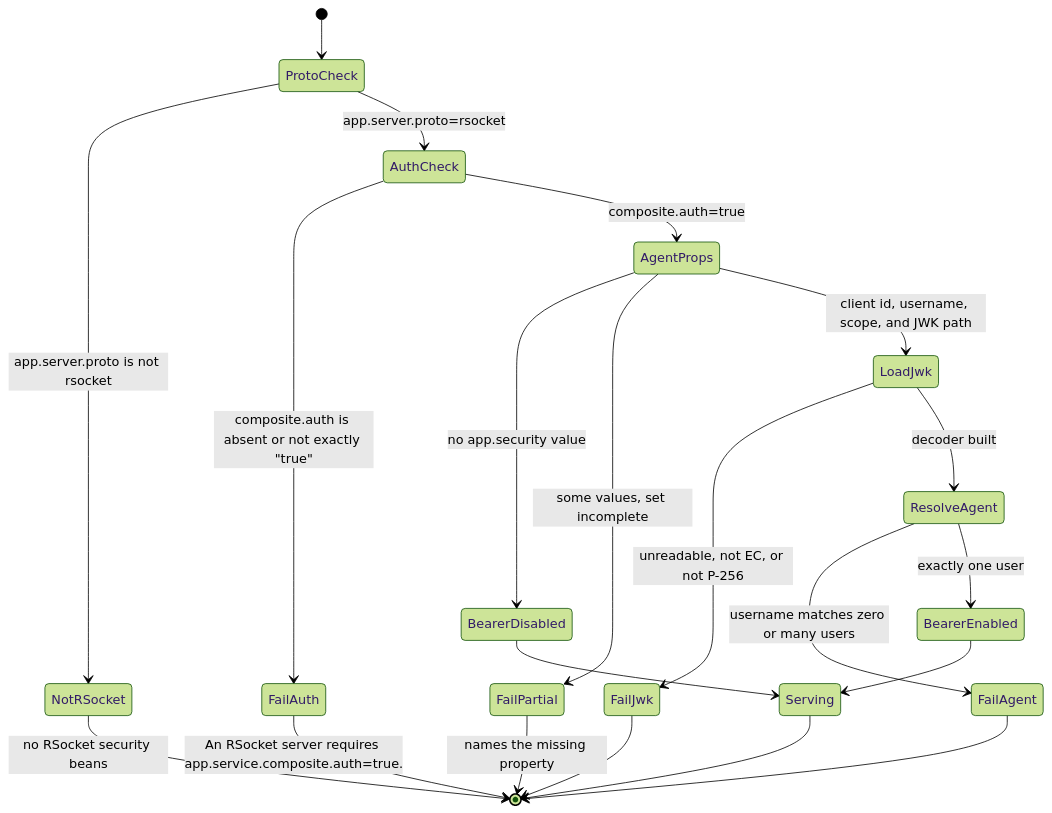
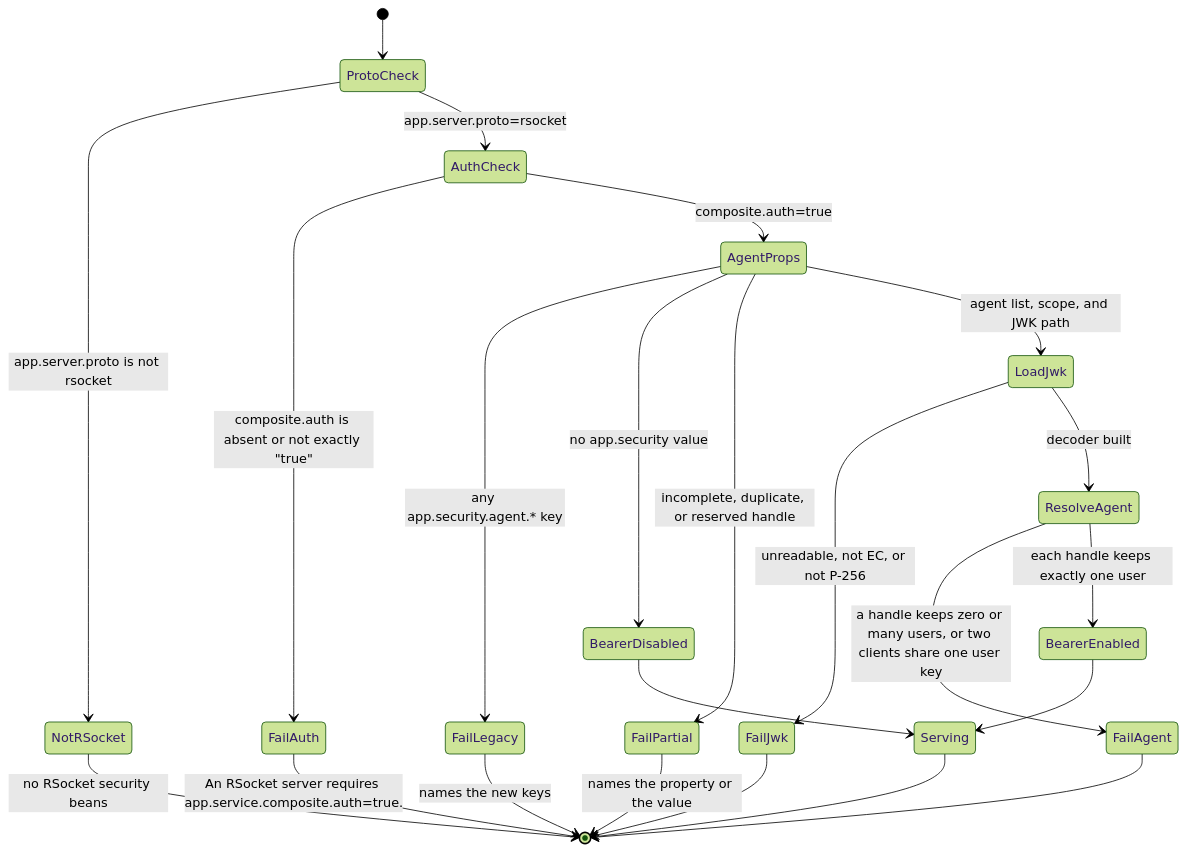
One commit to marios-code-path/demo-chat changed the sixth of 6 diagrams in docs/REST-TOKEN-RELAY.md. Above: the diagram before and after it, drawn with Mermaid (forest theme). The commit also changed other lines of this file and 9 other files, not shown here.

First line of the commit message:
Document more than one agent per deployment (CHAT-frcrctdp)

````diff
--- a/docs/REST-TOKEN-RELAY.md
+++ b/docs/REST-TOKEN-RELAY.md
@@ -238,29 +239,31 @@
 ```mermaid
 stateDiagram-v2
     [*] --> ProtoCheck
     ProtoCheck --> NotRSocket: app.server.proto is not rsocket
     ProtoCheck --> AuthCheck: app.server.proto=rsocket
 
     AuthCheck --> FailAuth: composite.auth is absent or not exactly "true"
     AuthCheck --> AgentProps: composite.auth=true
 
+    AgentProps --> FailLegacy: any app.security.agent.* key
     AgentProps --> BearerDisabled: no app.security value
-    AgentProps --> FailPartial: some values, set incomplete
-    AgentProps --> LoadJwk: client id, username, scope, and JWK path
+    AgentProps --> FailPartial: incomplete, duplicate, or reserved handle
+    AgentProps --> LoadJwk: agent list, scope, and JWK path
 
     LoadJwk --> FailJwk: unreadable, not EC, or not P-256
     LoadJwk --> ResolveAgent: decoder built
 
-    ResolveAgent --> FailAgent: username matches zero or many users
-    ResolveAgent --> BearerEnabled: exactly one user
+    ResolveAgent --> FailAgent: a handle keeps zero or many users, or two clients share one user key
+    ResolveAgent --> BearerEnabled: each handle keeps exactly one user
 
     BearerDisabled --> Serving
     BearerEnabled --> Serving
 
     FailAuth --> [*]: An RSocket server requires app.service.composite.auth=true.
-    FailPartial --> [*]: names the missing property
+    FailLegacy --> [*]: names the new keys
+    FailPartial --> [*]: names the property or the value
     FailJwk --> [*]
     FailAgent --> [*]
     NotRSocket --> [*]: no RSocket security beans
     Serving --> [*]
 ```
````
